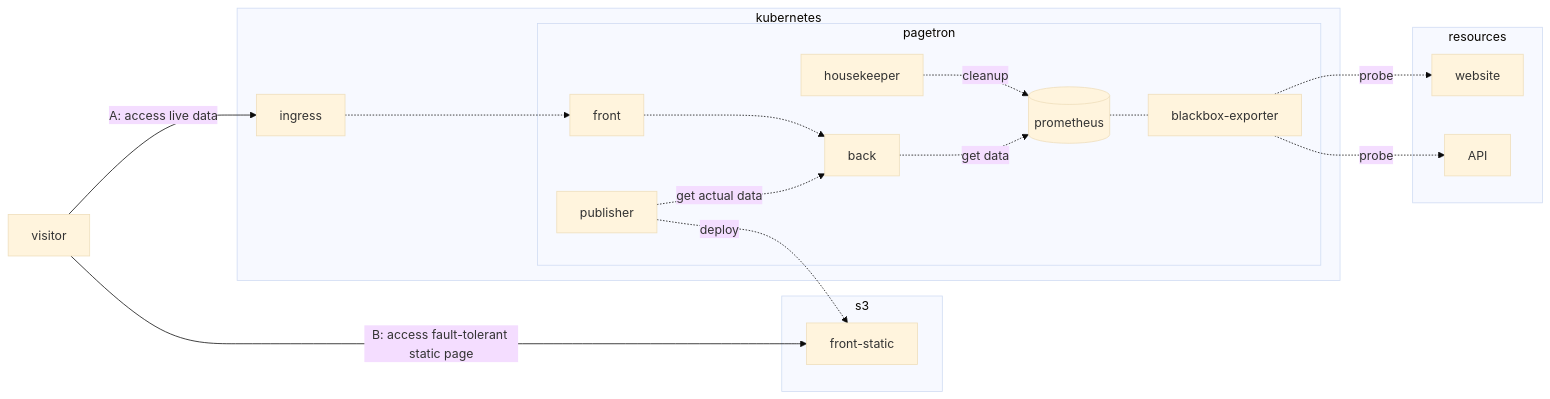
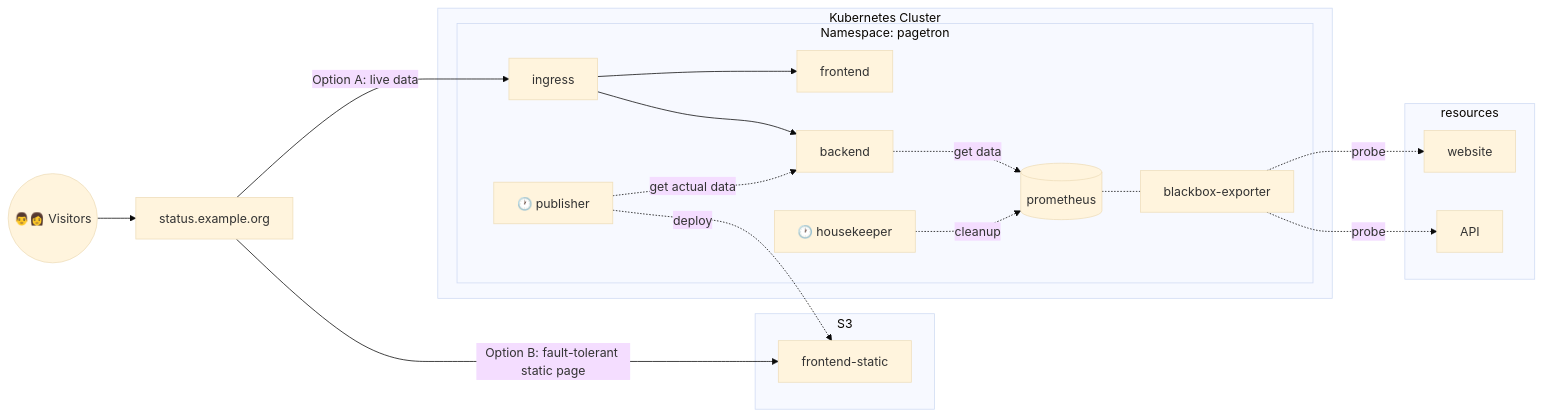
The diagram in docs/architecture.md (agrrh/pagetron), drawn with Mermaid (base theme) before and after one commit. The commit also changed 24 other files, not shown here.

````diff
--- a/docs/architecture.md
+++ b/docs/architecture.md
@@ -3,43 +3,44 @@
 ```mermaid
 graph LR
 
-visitor
+visitor(("👨👩 Visitors"))
+domain["status.example.org"]
 
 subgraph resources
   external-website[website]
   external-api[API]
 end
 
-subgraph s3
-  front-static
+subgraph s3[S3]
+  frontend-static
 end
 
-subgraph kubernetes
-  ingress
+subgraph kubernetes["Kubernetes Cluster"]
+  subgraph pagetron["Namespace: pagetron"]
+    ingress
 
-  subgraph pagetron
-    front
-    back
+    frontend
+    backend
 
     prometheus[(prometheus)]
     blackbox[blackbox-exporter]
 
-    housekeeper
-    publisher
+    housekeeper["🕐 housekeeper"]
+    publisher["🕐 publisher"]
   end
 end
 
 prometheus -.- blackbox
 blackbox -.->  |probe| external-website & external-api
 
+backend -.-> |get data| prometheus
+
 housekeeper -.->|cleanup| prometheus
 
-front -.-> back
-back -.-> |get data| prometheus
+visitor --> domain
+domain -->|Option A: live data| ingress --> frontend & backend
+domain -->|Option B: fault-tolerant static page| frontend-static
 
-publisher -.->|get actual data| back
-publisher -.->|deploy| front-static
-
-visitor -->|A: access live data| ingress -.-> front
-visitor -->|B: access fault-tolerant static page| front-static
+publisher -.->|get actual data| backend
+publisher -.->|deploy| frontend-static
 ```
````
